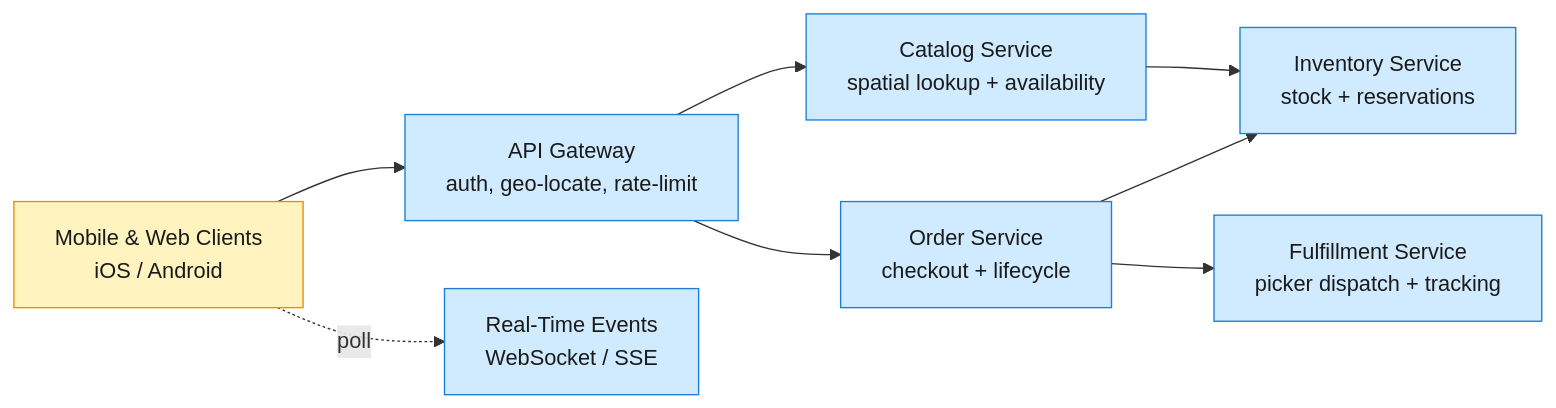
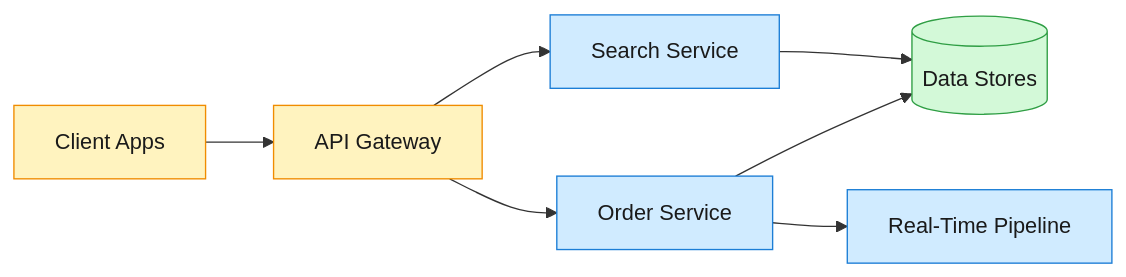
Before and after one commit to iliazlobin/iliazlobin.github.io: the first of 3 diagrams in _posts/2026-06-29-system-design-local-delivery.md, drawn with Mermaid. The commit also changed other lines of this file and 45 other files, not shown here.

First line of the commit message:
Republish all posts from Notion: fix mermaid errors, drop §7 Trade-offs (#88)

````diff
--- a/_posts/2026-06-29-system-design-local-delivery.md
+++ b/_posts/2026-06-29-system-design-local-delivery.md
@@ -18,17 +18,13 @@
 ```mermaid
 graph LR
-    A["Mobile & Web Clients<br/>iOS / Android"] --> B["API Gateway<br/>auth, geo-locate, rate-limit"]
-    B --> C["Catalog Service<br/>spatial lookup + availability"]
-    B --> D["Order Service<br/>checkout + lifecycle"]
-    D --> E["Inventory Service<br/>stock + reservations"]
-    D --> F["Fulfillment Service<br/>picker dispatch + tracking"]
-    C --> E
-    A -.->|poll| G["Real-Time Events<br/>WebSocket / SSE"]
-
     classDef edge fill:#fff3bf,stroke:#f08c00,color:#1a1a1a;
     classDef svc fill:#d0ebff,stroke:#1c7ed6,color:#1a1a1a;
     classDef store fill:#d3f9d8,stroke:#2f9e44,color:#1a1a1a;
-    class A edge;
-    class B,C,D,E,F svc;
-    class G svc;
+
+    Client[Client Apps]:::edge --> Gateway[API Gateway]:::edge
+    Gateway --> Search[Search Service]:::svc
+    Gateway --> Order[Order Service]:::svc
+    Search --> DataStores[(Data Stores)]:::store
+    Order --> DataStores
+    Order --> RealTime[Real-Time Pipeline]:::svc
 ```
````
